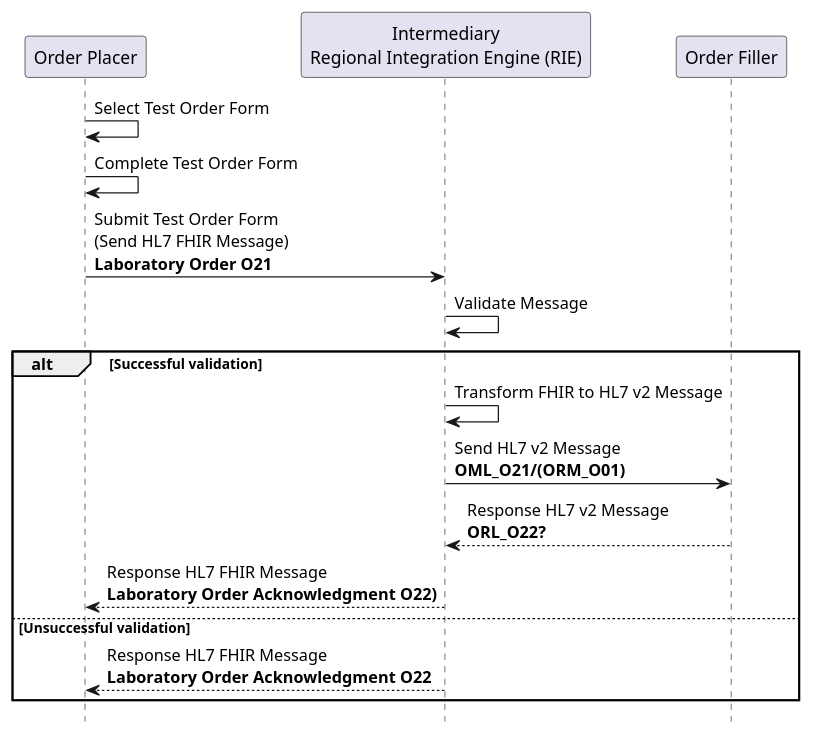
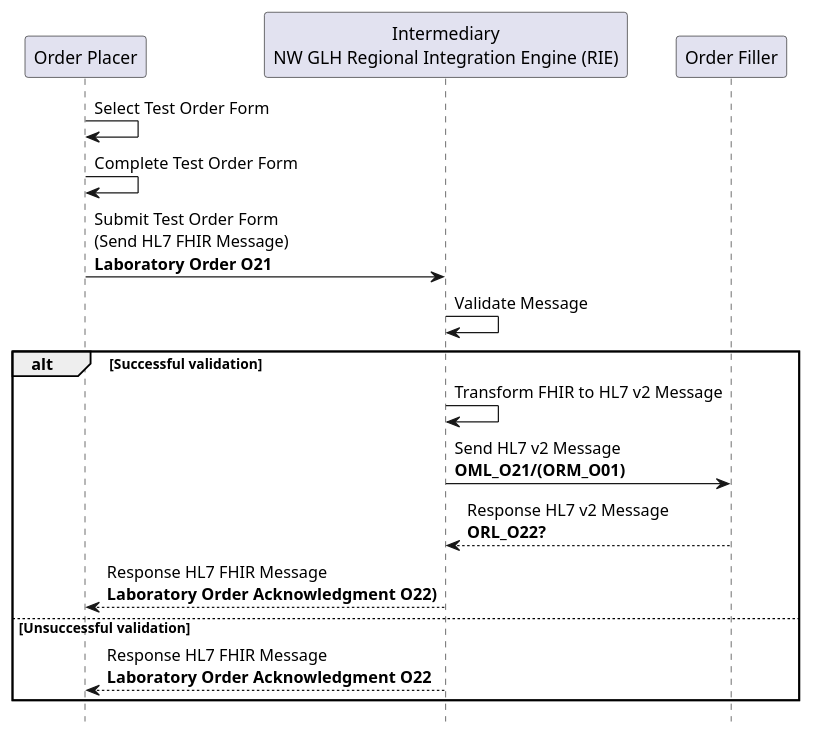
The diagram in input/images-source/LAB1-sequence.plantuml (nw-gmsa/nw-gmsa.github.com), drawn with PlantUML before and after one commit. The commit also changed 3 other files, not shown here.

```diff
--- a/input/images-source/LAB1-sequence.plantuml
+++ b/input/images-source/LAB1-sequence.plantuml
@@ -1,23 +1,23 @@
 @startuml
 
 hide footbox
 
 participant "Order Placer" as EPR
-participant "Intermediary\nRegional Integration Engine (RIE)" as TIE
+participant "Intermediary\nNW GLH Regional Integration Engine (RIE)" as TIE
 participant "Order Filler" as LIMS
 
 EPR -> EPR: Select Test Order Form
 EPR -> EPR: Complete Test Order Form
 EPR -> TIE: Submit Test Order Form\n(Send HL7 FHIR Message)\n**Laboratory Order O21**
 TIE -> TIE: Validate Message
 
 alt Successful validation
 TIE -> TIE : Transform FHIR to HL7 v2 Message
 TIE -> LIMS: Send HL7 v2 Message\n**OML_O21/(ORM_O01)**
 LIMS --> TIE: Response HL7 v2 Message\n**ORL_O22?**
 TIE --> EPR: Response HL7 FHIR Message\n**Laboratory Order Acknowledgment O22)**
 else Unsuccessful validation
 TIE --> EPR: Response HL7 FHIR Message\n**Laboratory Order Acknowledgment O22**
 end
 
 @enduml
```
